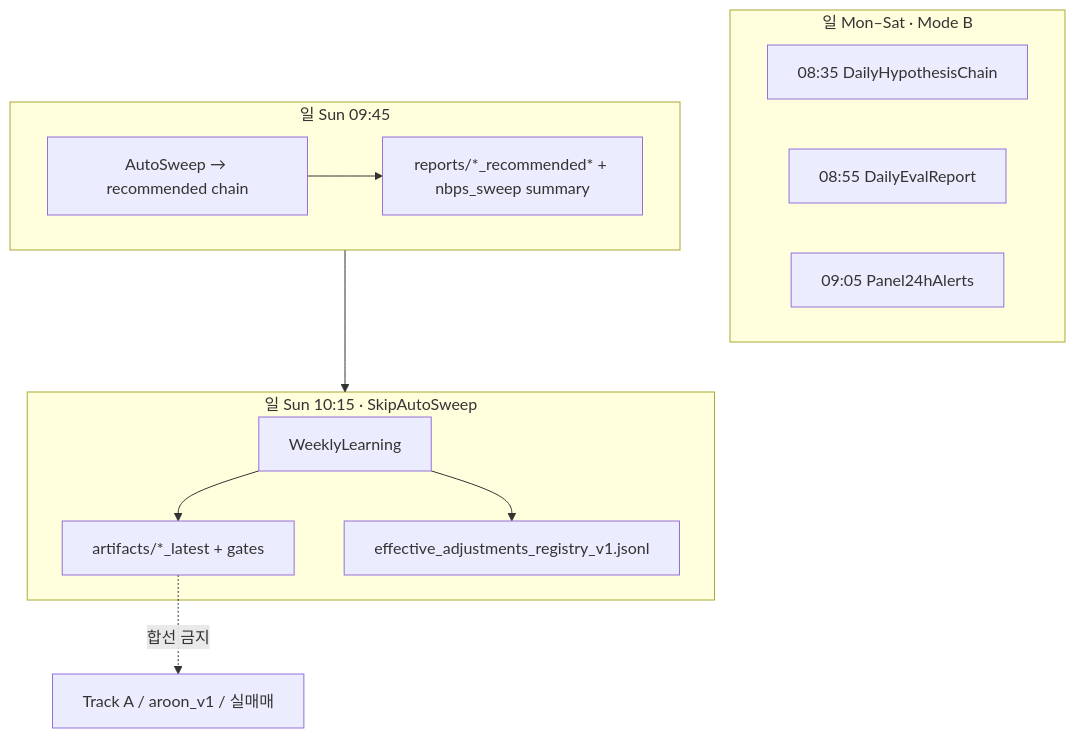
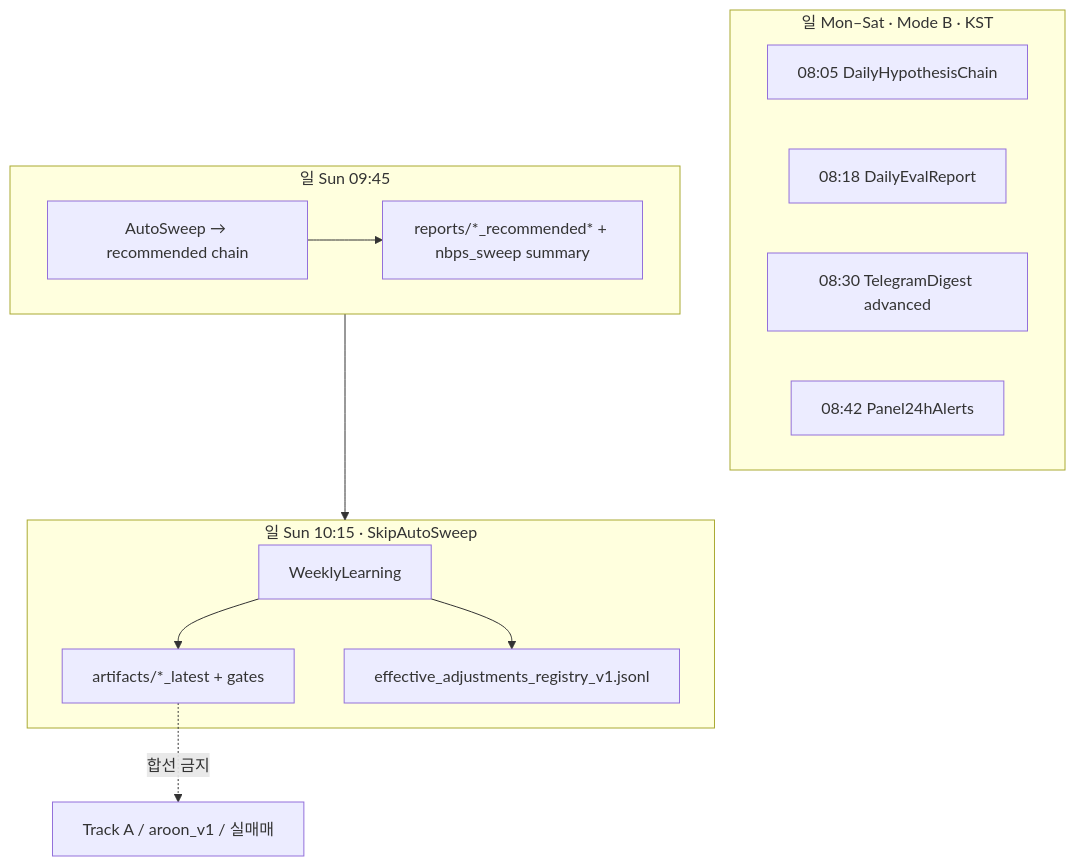
The diagram in docs/final/CENTRAL_AGENT_MEMORY_V1.md (mkmlab-v2/mkm-logos-research-oss), drawn with Mermaid before and after one commit. The commit also changed other lines of this file and 2 other files, not shown here.

````diff
--- a/docs/final/CENTRAL_AGENT_MEMORY_V1.md
+++ b/docs/final/CENTRAL_AGENT_MEMORY_V1.md
@@ -463,19 +464,20 @@
 ```mermaid
 flowchart TD
-  subgraph D ["일 Mon–Sat · Mode B"]
-    D1[08:35 DailyHypothesisChain]
-    D2[08:55 DailyEvalReport]
-    D3[09:05 Panel24hAlerts]
+  subgraph D ["일 Mon–Sat · Mode B · KST"]
+    D1[08:05 DailyHypothesisChain]
+    D2[08:18 DailyEvalReport]
+    D3[08:30 TelegramDigest advanced]
+    D4[08:42 Panel24hAlerts]
   end
   subgraph W0945 ["일 Sun 09:45"]
     S[AutoSweep → recommended chain]
     S --> R[reports/*_recommended* + nbps_sweep summary]
   end
   subgraph W1015 ["일 Sun 10:15 · SkipAutoSweep"]
     L[WeeklyLearning]
     L --> A[artifacts/*_latest + gates]
     L --> REG[effective_adjustments_registry_v1.jsonl]
   end
   W0945 --> W1015
   A -.->|합선 금지| X[Track A / aroon_v1 / 실매매]
 ```
````
